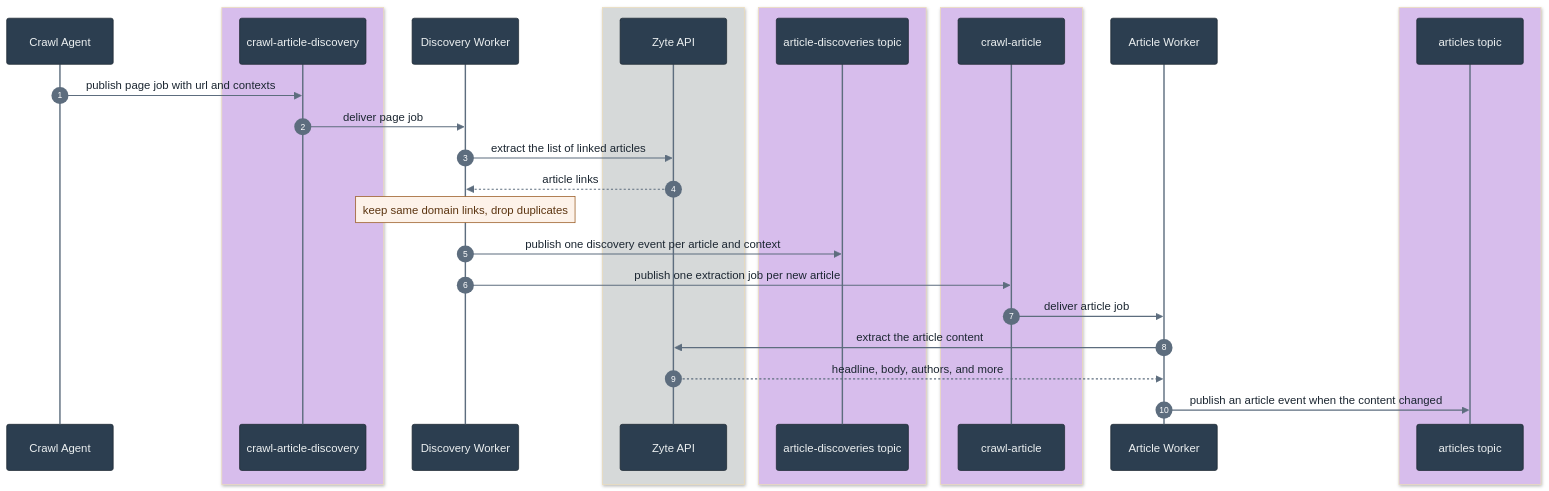
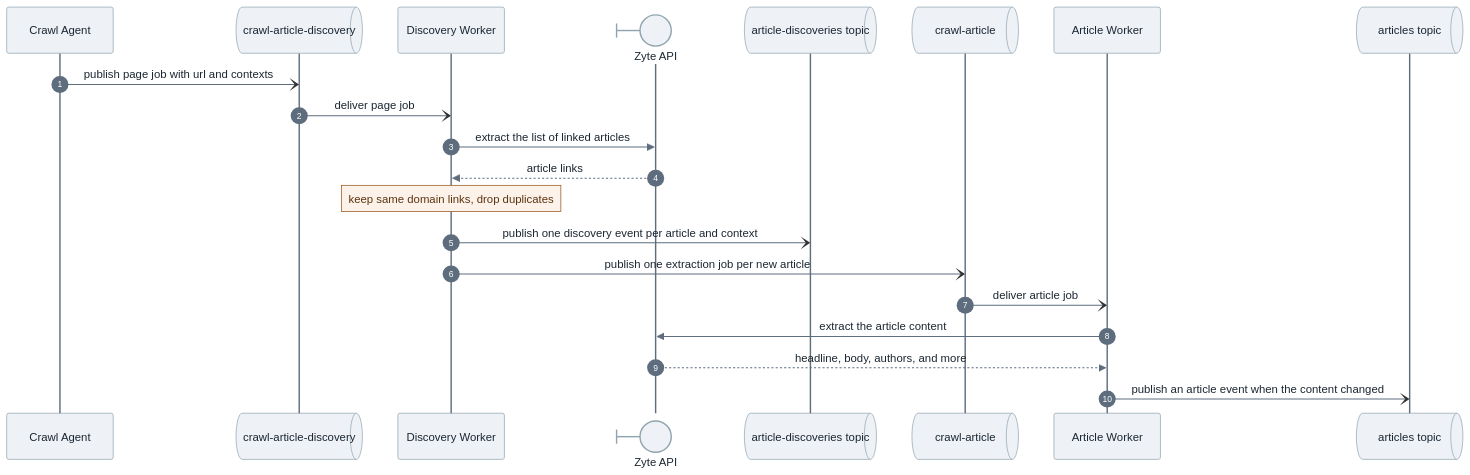
One commit to mozilla/hnt-content changed the fourth of 6 diagrams in docs/ARCHITECTURE.md. Above: the diagram before and after it, drawn with Mermaid. The commit also changed other lines of this file, not shown here.

First line of the commit message:
docs(HNT-2086): standardize Crawl naming and refine diagrams

````diff
--- a/docs/ARCHITECTURE.md
+++ b/docs/ARCHITECTURE.md
@@ -169,35 +204,25 @@
 ```mermaid
-%%{init: {'theme':'base','sequence':{'diagramMarginX':270},'themeVariables':{'actorBkg':'#2c3e50','actorBorder':'#1a252f','actorTextColor':'#ecf0f1','actorLineColor':'#5d6d7e','signalColor':'#5d6d7e','signalTextColor':'#1b2631','labelBoxBkgColor':'#eaf2f8','labelBoxBorderColor':'#aed6f1','labelTextColor':'#1b2631','loopTextColor':'#1b2631','noteBkgColor':'#fdf2e9','noteBorderColor':'#935116','noteTextColor':'#5b3410','sequenceNumberColor':'#ffffff'}}}%%
+%%{init: {'theme':'base','sequence':{'diagramMarginX':270},'themeVariables':{'actorBkg':'#eef2f7','actorBorder':'#90a4ae','actorTextColor':'#1b2631','actorLineColor':'#5d6d7e','signalColor':'#5d6d7e','signalTextColor':'#1b2631','labelBoxBkgColor':'#eaf2f8','labelBoxBorderColor':'#aed6f1','labelTextColor':'#1b2631','loopTextColor':'#1b2631','noteBkgColor':'#fdf2e9','noteBorderColor':'#935116','noteTextColor':'#5b3410','sequenceNumberColor':'#ffffff'}}}%%
 sequenceDiagram
     autonumber
     participant Agent as Crawl Agent
-    box rgb(215,189,236)
-    participant DiscQ as crawl-article-discovery
-    end
+    participant DiscQ@{ "type": "queue" } as crawl-article-discovery
     participant Disc as Discovery Worker
-    box rgb(214,217,217)
-    participant Zyte as Zyte API
-    end
-    box rgb(215,189,236)
-    participant DiscT as article-discoveries topic
-    end
-    box rgb(215,189,236)
-    participant ArtQ as crawl-article
-    end
+    participant Zyte@{ "type": "boundary" } as Zyte API
+    participant DiscT@{ "type": "queue" } as article-discoveries topic
+    participant ArtQ@{ "type": "queue" } as crawl-article
     participant Art as Article Worker
-    box rgb(215,189,236)
-    participant ArtT as articles topic
-    end
+    participant ArtT@{ "type": "queue" } as articles topic
 
-    Agent->>DiscQ: publish page job with url and contexts
-    DiscQ->>Disc: deliver page job
+    Agent-)DiscQ: publish page job with url and contexts
+    DiscQ-)Disc: deliver page job
     Disc->>Zyte: extract the list of linked articles
     Zyte-->>Disc: article links
     Note over Disc: keep same domain links, drop duplicates
-    Disc->>DiscT: publish one discovery event per article and context
-    Disc->>ArtQ: publish one extraction job per new article
-    ArtQ->>Art: deliver article job
+    Disc-)DiscT: publish one discovery event per article and context
+    Disc-)ArtQ: publish one extraction job per new article
+    ArtQ-)Art: deliver article job
     Art->>Zyte: extract the article content
     Zyte-->>Art: headline, body, authors, and more
-    Art->>ArtT: publish an article event when the content changed
+    Art-)ArtT: publish an article event when the content changed
 ```
````
